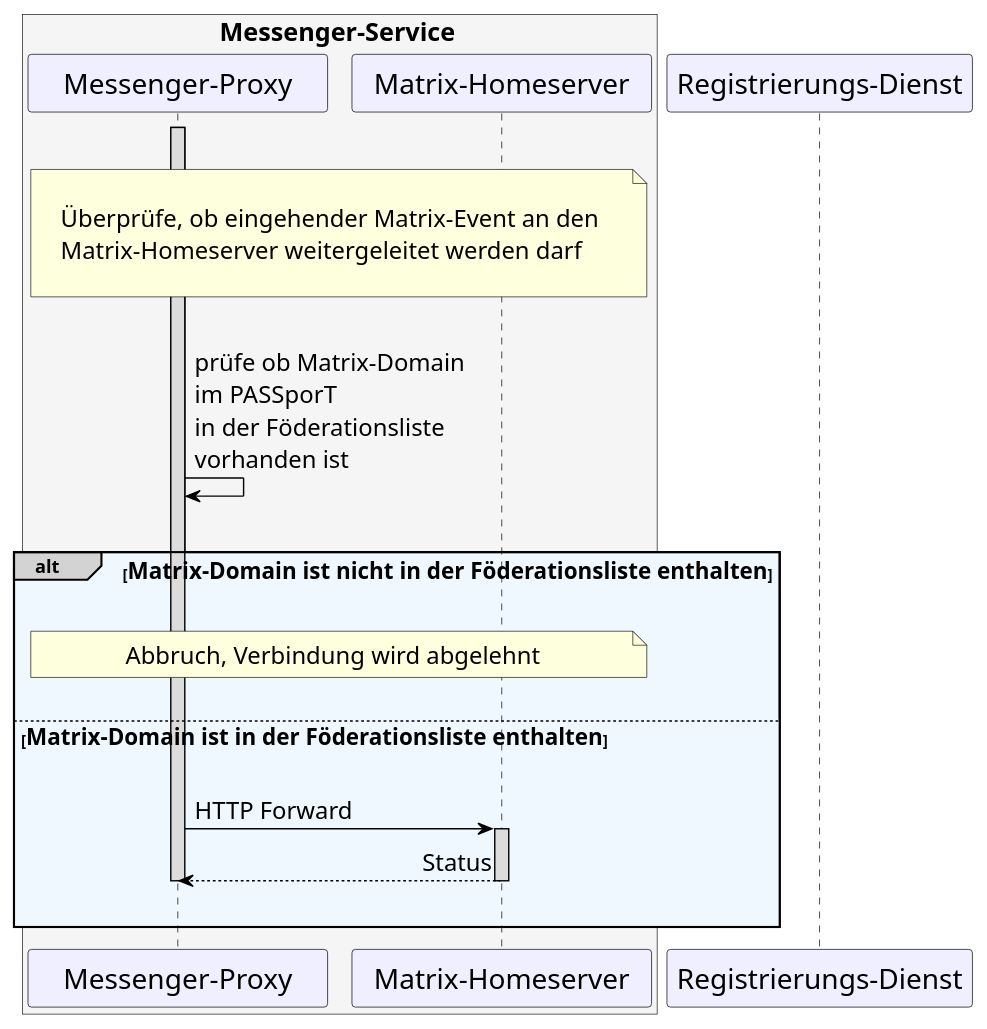
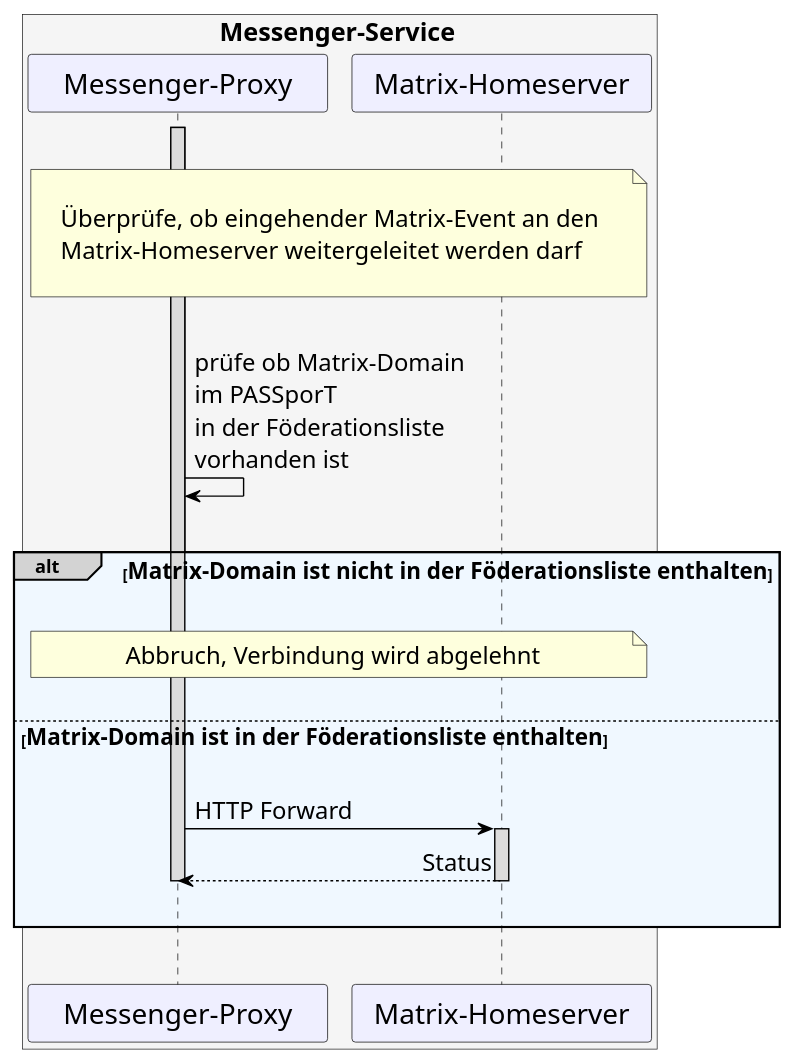
The diagram in src/plantuml/TI-Messenger-Dienst/Ressourcen/UC_10064_Seq.puml (gematik/api-ti-messenger), drawn with PlantUML before and after one commit.

```diff
--- a/src/plantuml/TI-Messenger-Dienst/Ressourcen/UC_10064_Seq.puml
+++ b/src/plantuml/TI-Messenger-Dienst/Ressourcen/UC_10064_Seq.puml
@@ -9,58 +9,58 @@
 @startuml
 skinparam sequenceMessageAlign direction
 skinparam minClassWidth 200
 skinparam BoxPadding 1
 skinparam sequenceReferenceHeaderBackgroundColor palegreen
 scale max 2048 width
 
 skinparam sequence {
 ArrowColor black
 ArrowFontSize 17
 ActorBorderColor black
 LifeLineBorderColor black
 LifeLineBackgroundColor Gainsboro
 
 ParticipantBorderColor Motivation
 ParticipantBackgroundColor Motivation
 ParticipantFontName Impact
 ParticipantFontSize 20
 ParticipantFontColor black
 ParticipantBorderColor Black
 ParticipantBackgroundColor MOTIVATION
 
 ActorBackgroundColor Gainsboro
 ActorFontColor black
 ActorFontSize 20
 ActorFontName Aapex
 }
     box <size:18>Messenger-Service</size> #WhiteSmoke
     participant MP as "Messenger-Proxy"
     participant MH as "Matrix-Homeserver"
     end box
-    participant RD as "Registrierungs-Dienst"
 
 |||
 note over MP, MH: \n<size:17>Überprüfe, ob eingehender Matrix-Event an den \n<size:17>Matrix-Homeserver weitergeleitet werden darf</size>\n
 |||
 
     Activate MP
   MP->MP: prüfe ob Matrix-Domain \nim PASSporT \nin der Föderationsliste \nvorhanden ist
 
 |||
 alt#LightGrey #AliceBlue <size:16>Matrix-Domain ist nicht in der Föderationsliste enthalten</size>
 |||  
 
   note over MP, MH: <size:17>Abbruch, Verbindung wird abgelehnt</size>
   ||| 
   
   else <size:16>Matrix-Domain ist in der Föderationsliste enthalten</size>
     ||| 
     MP->MH: HTTP Forward
       Activate MH
     MH-->MP: Status
       Deactivate MH
       Deactivate MP
     ||| 
 
 end
+|||
 @enduml
```
